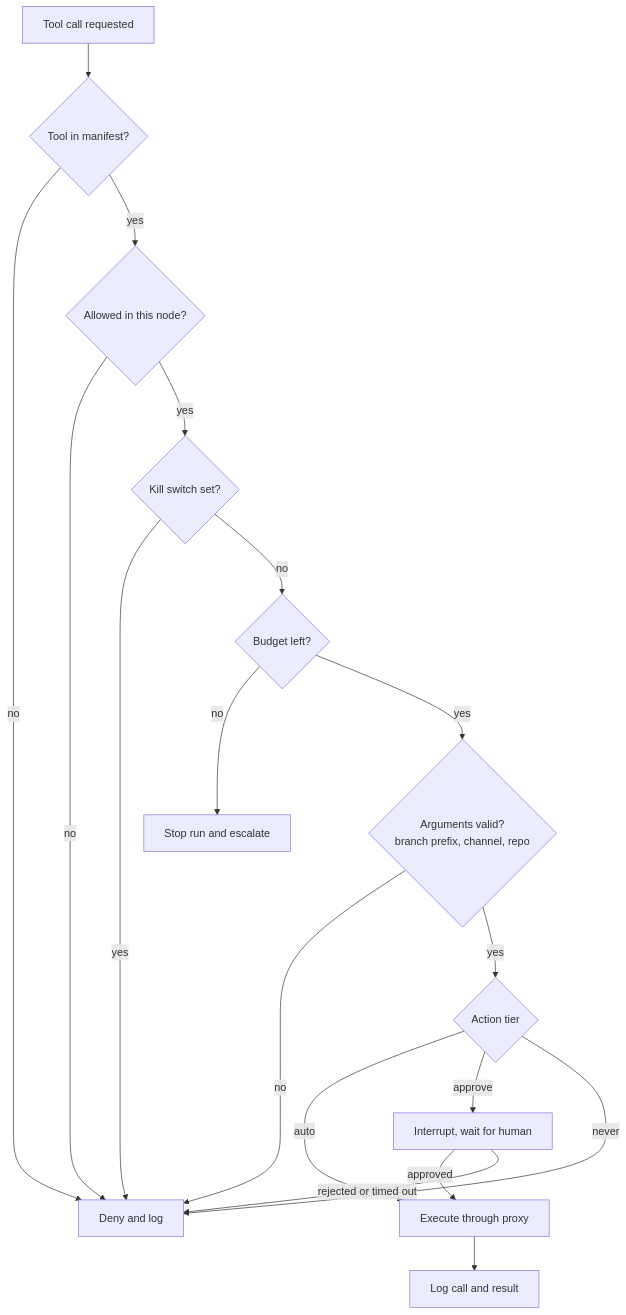
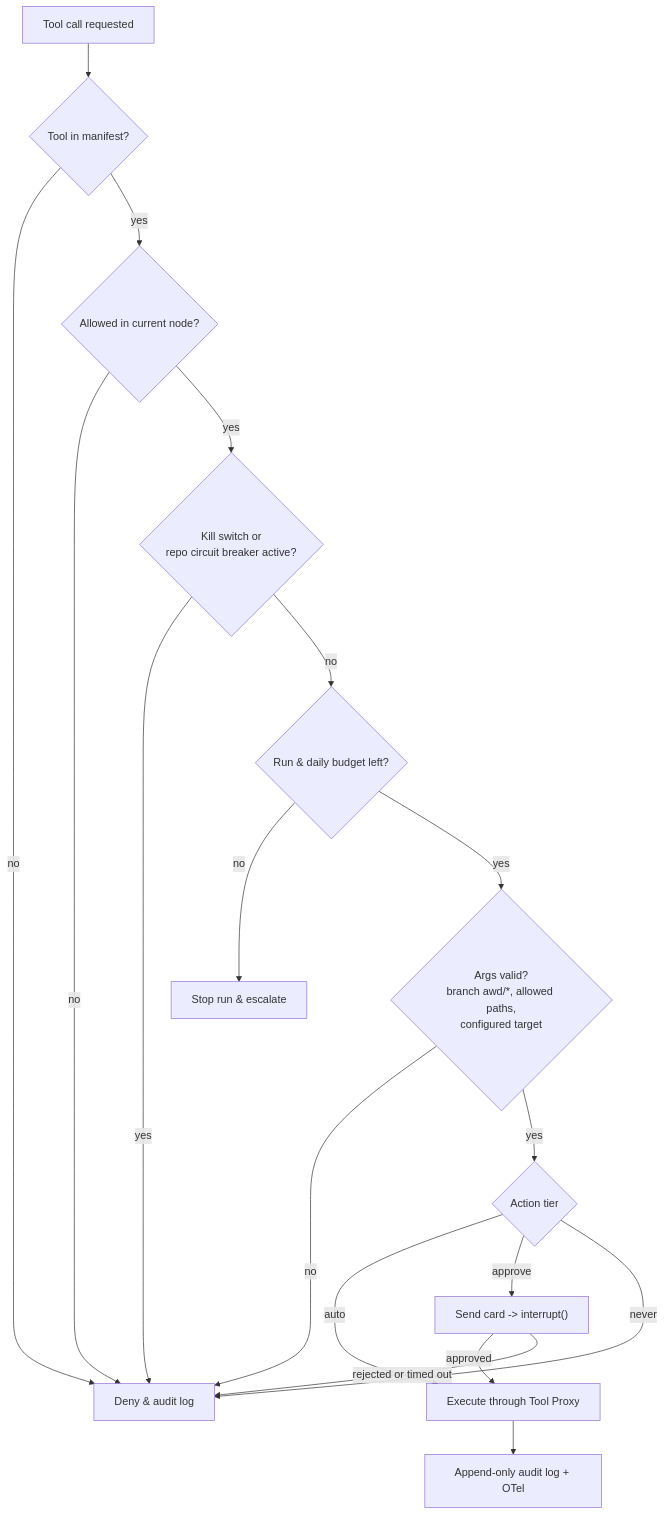
One commit to ronitrai27/AgentWatchDog changed the fourth of 6 diagrams in Architecture.md. Above: the diagram before and after it, drawn with Mermaid. The commit also changed other lines of this file and 28 other files, not shown here.

Commit message:
design and flow.

````diff
--- a/Architecture.md
+++ b/Architecture.md
@@ -183,20 +238,20 @@
 ```mermaid
 flowchart TD
     A["Tool call requested"] --> B{"Tool in manifest?"}
-    B -->|no| X["Deny and log"]
-    B -->|yes| C{"Allowed in this node?"}
+    B -->|no| X["Deny & audit log"]
+    B -->|yes| C{"Allowed in current node?"}
     C -->|no| X
-    C -->|yes| D{"Kill switch set?"}
+    C -->|yes| D{"Kill switch or<br/>repo circuit breaker active?"}
     D -->|yes| X
-    D -->|no| E{"Budget left?"}
-    E -->|no| Y["Stop run and escalate"]
-    E -->|yes| F{"Arguments valid?<br/>branch prefix, channel, repo"}
+    D -->|no| E{"Run & daily budget left?"}
+    E -->|no| Y["Stop run & escalate"]
+    E -->|yes| F{"Args valid?<br/>branch awd/*, allowed paths,<br/>configured target"}
     F -->|no| X
     F -->|yes| G{"Action tier"}
-    G -->|auto| H["Execute through proxy"]
-    G -->|approve| I["Interrupt, wait for human"]
+    G -->|auto| H["Execute through Tool Proxy"]
+    G -->|approve| I["Send card -> interrupt()"]
     G -->|never| X
     I -->|approved| H
     I -->|rejected or timed out| X
-    H --> L["Log call and result"]
+    H --> L["Append-only audit log + OTel"]
 ```
````
